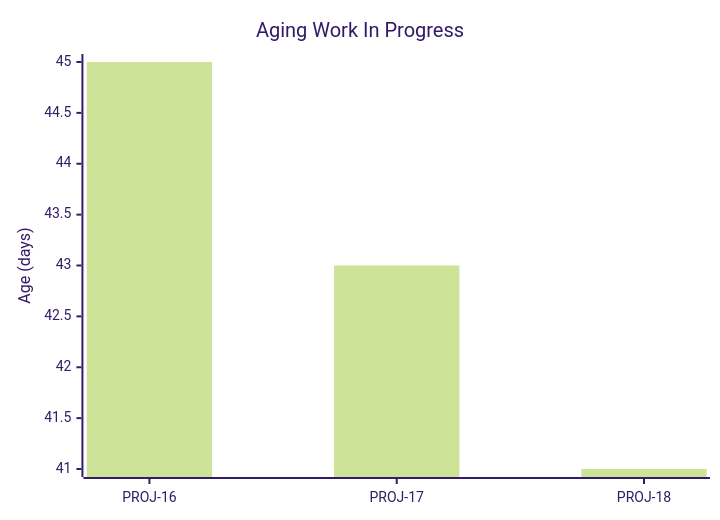
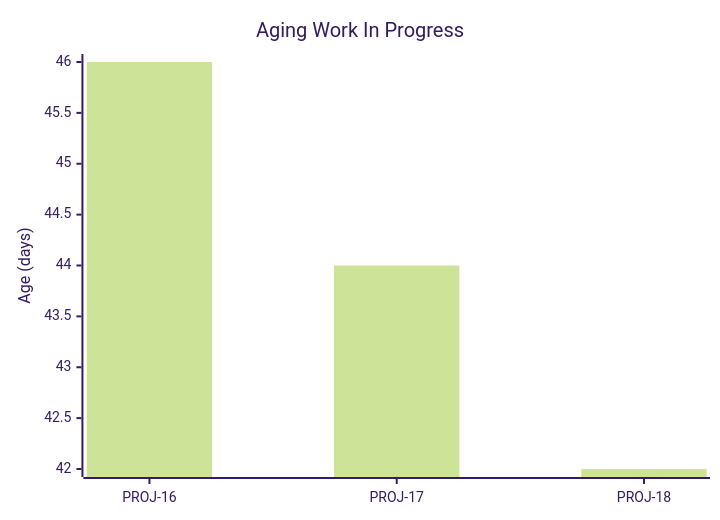
One commit to cbroult/predictability-engine changed the first of 5 diagrams in data/samples/reports/sample_data/dashboard.md. Above: the diagram before and after it, drawn with Mermaid (forest theme). The commit also changed other lines of this file and 74 other files, not shown here.

````diff
--- a/data/samples/reports/sample_data/dashboard.md
+++ b/data/samples/reports/sample_data/dashboard.md
@@ -24,7 +24,7 @@
 ```mermaid
 xychart-beta
     title "Aging Work In Progress"
     x-axis ["PROJ-16", "PROJ-17", "PROJ-18"]
     y-axis "Age (days)"
-    bar "Age" [45, 43, 41]
+    bar "Age" [46, 44, 42]
 ```
````
